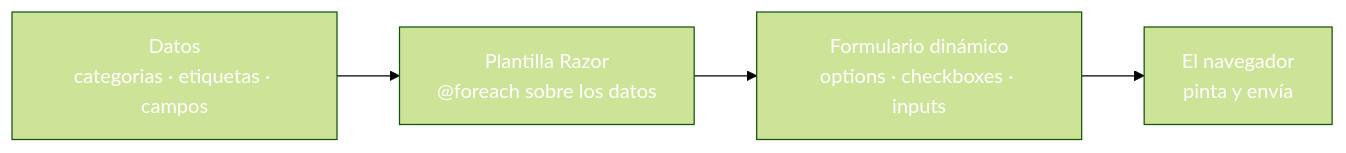
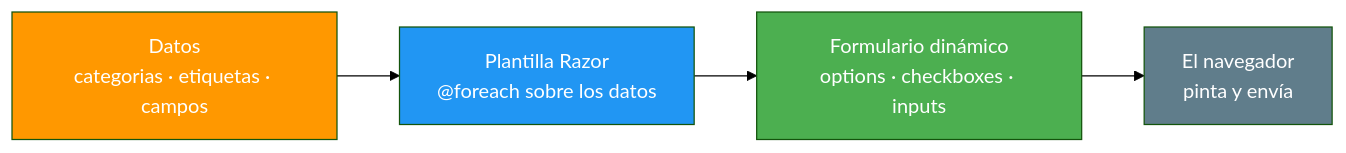
Before and after one commit to joseluisgs/DesarrolloWebEntornosServidor-03-2026-2027: the third of 3 diagrams in 13-formularios-web.md, drawn with Mermaid (forest theme). The commit also changed other lines of this file and 25 other files, not shown here.

Commit message:
docs: corregir los estilos Mermaid de los temas y alinear el dominio del tema 25 con ProductosApp

````diff
--- a/13-formularios-web.md
+++ b/13-formularios-web.md
@@ -264,10 +264,10 @@
 ```mermaid
 graph LR
     A["Datos<br/>categorias · etiquetas · campos"] --> B["Plantilla Razor<br/>@foreach sobre los datos"]
     B --> C["Formulario dinámico<br/>options · checkboxes · inputs"]
     C --> D["El navegador<br/>pinta y envía"]
-    style A fill:#FF980,color:#fff0,color:#fff
-    style B fill:#2196F,color:#fff3,color:#fff
-    style C fill:#4CAF5,color:#fff0,color:#fff
-    style D fill:#607D8,color:#fffB,color:#fff
+    style A fill:#FF9800,color:#fff
+    style B fill:#2196F3,color:#fff
+    style C fill:#4CAF50,color:#fff
+    style D fill:#607D8B,color:#fff
 ```
````
